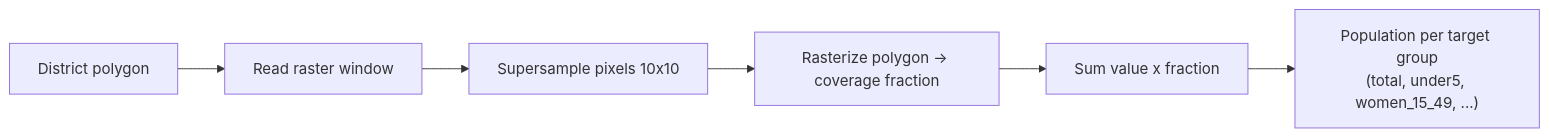
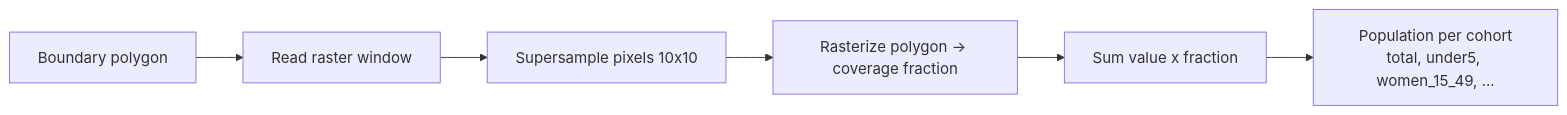
The second of 4 diagrams in PES-U/population-denominator-intelligence/README.md (KAshyapk07/eGov-PDI), drawn with Mermaid before and after one commit. The commit also changed other lines of this file and 104 other files, not shown here.

````diff
--- a/PES-U/population-denominator-intelligence/README.md
+++ b/PES-U/population-denominator-intelligence/README.md
@@ -176,8 +365,8 @@
 ```mermaid
 flowchart LR
-    P["District polygon"] --> W["Read raster window"]
+    P["Boundary polygon"] --> W["Read raster window"]
     W --> S["Supersample pixels 10x10"]
     S --> C["Rasterize polygon -> coverage fraction"]
     C --> M["Sum value x fraction"]
-    M --> D["Population per target group<br/>(total, under5, women_15_49, ...)"]
+    M --> D["Population per cohort<br/>total, under5, women_15_49, ..."]
 ```
````
